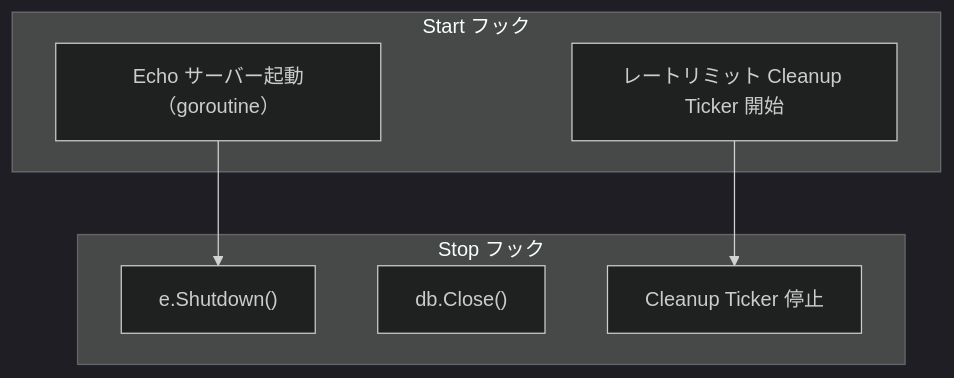
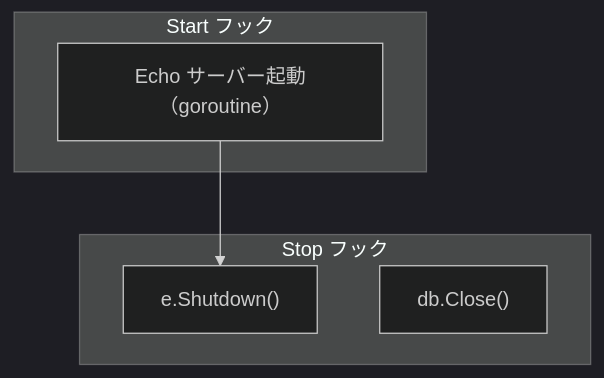
The diagram in internal/di/server/hook/README.ja.md (Tomy-ch/go-boilerplate), drawn with Mermaid (dark theme) before and after one commit. The commit also changed other lines of this file and 49 other files, not shown here.

````diff
--- a/internal/di/server/hook/README.ja.md
+++ b/internal/di/server/hook/README.ja.md
@@ -17,17 +16,14 @@
 ```mermaid
 flowchart TB
     subgraph "Start フック"
         HTTP["Echo サーバー起動（goroutine）"]
-        RL["レートリミット Cleanup Ticker 開始"]
     end
 
     subgraph "Stop フック"
         Shutdown["e.Shutdown()"]
         DBClose["db.Close()"]
-        RLStop["Cleanup Ticker 停止"]
     end
 
     HTTP --> Shutdown
-    RL --> RLStop
     DBClose
 ```
````
